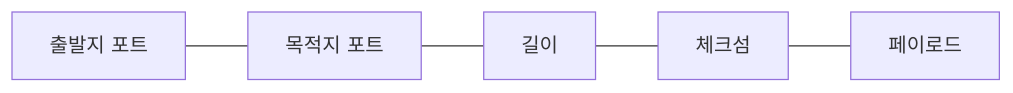
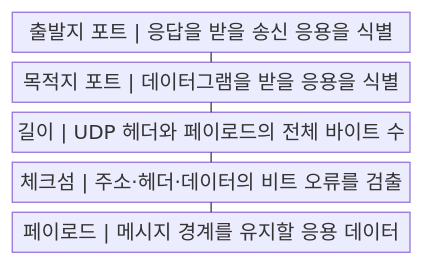
One commit to agnusdei1207/knowledge-base changed the first of 2 diagrams in src/content/docs/notes/04-network/026_udp_characteristics.md. Above: the diagram before and after it, drawn with Mermaid. The commit also changed other lines of this file and 20 other files, not shown here.

````diff
--- a/src/content/docs/notes/04-network/026_udp_characteristics.md
+++ b/src/content/docs/notes/04-network/026_udp_characteristics.md
@@ -55,4 +56,13 @@
 ```mermaid
-flowchart LR
-    S["출발지 포트"] --- D["목적지 포트"] --- L["길이"] --- C["체크섬"] --- P["페이로드"]
+block
+    columns 1
+    A["출발지 포트 | 응답을 받을 송신 응용을 식별"]
+    B["목적지 포트 | 데이터그램을 받을 응용을 식별"]
+    C["길이 | UDP 헤더와 페이로드의 전체 바이트 수"]
+    D["체크섬 | 주소·헤더·데이터의 비트 오류를 검출"]
+    E["페이로드 | 메시지 경계를 유지할 응용 데이터"]
+    A --- B
+    B --- C
+    C --- D
+    D --- E
 ```
````
